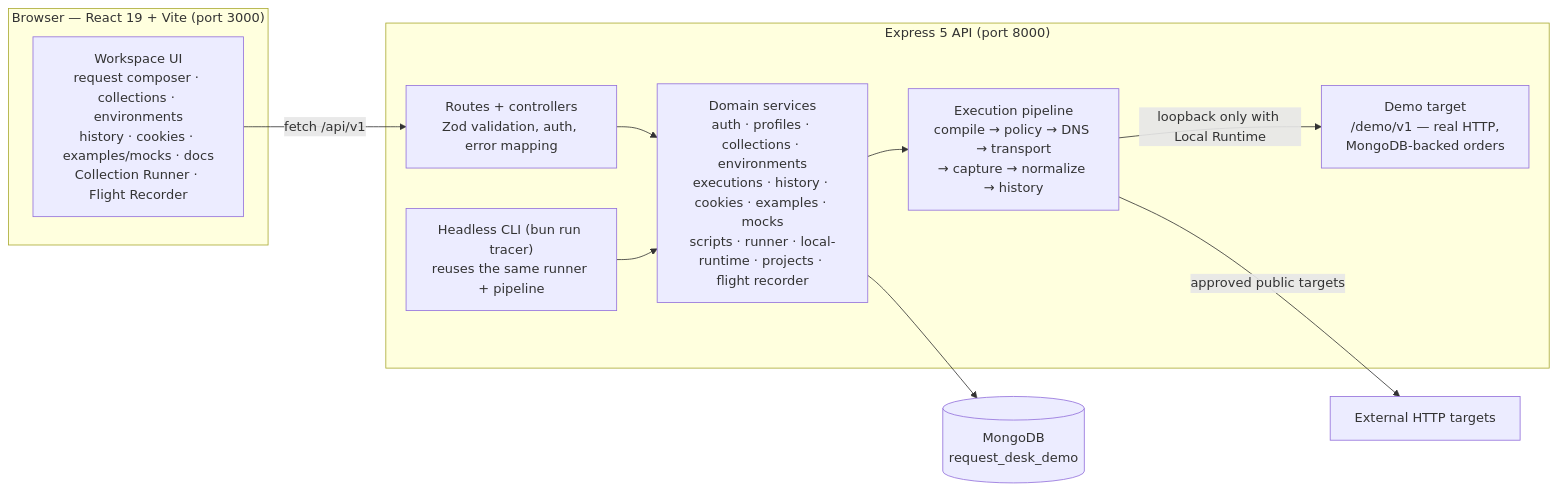
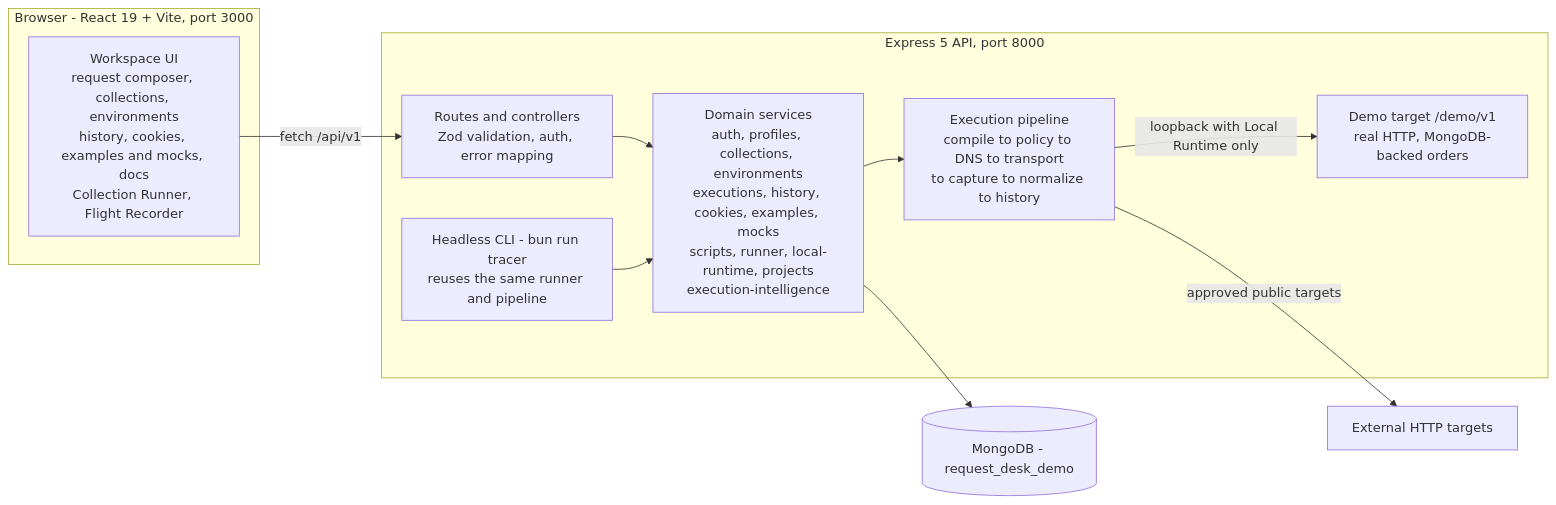
The first of 3 diagrams in README.md (Sathvikar01/coderepo-react-node-postman), drawn with Mermaid before and after one commit. The commit also changed other lines of this file, not shown here.

Commit message:
docs(readme): robust mermaid syntax in architecture diagrams

````diff
--- a/README.md
+++ b/README.md
@@ -85,25 +85,25 @@
 ```mermaid
 flowchart LR
-    subgraph Browser["Browser — React 19 + Vite (port 3000)"]
-        UI["Workspace UI<br/>request composer · collections · environments<br/>history · cookies · examples/mocks · docs<br/>Collection Runner · Flight Recorder"]
+    subgraph FE["Browser - React 19 + Vite, port 3000"]
+        UI["Workspace UI<br/>request composer, collections, environments<br/>history, cookies, examples and mocks, docs<br/>Collection Runner, Flight Recorder"]
     end
 
-    subgraph API["Express 5 API (port 8000)"]
-        Routes["Routes + controllers<br/>Zod validation, auth, error mapping"]
-        Services["Domain services<br/>auth · profiles · collections · environments<br/>executions · history · cookies · examples · mocks<br/>scripts · runner · local-runtime · projects · flight recorder"]
-        Pipeline["Execution pipeline<br/>compile → policy → DNS → transport<br/>→ capture → normalize → history"]
-        Demo["Demo target<br/>/demo/v1 — real HTTP,<br/>MongoDB-backed orders"]
-        CLI["Headless CLI (bun run tracer)<br/>reuses the same runner + pipeline"]
+    subgraph BE["Express 5 API, port 8000"]
+        Routes["Routes and controllers<br/>Zod validation, auth, error mapping"]
+        Services["Domain services<br/>auth, profiles, collections, environments<br/>executions, history, cookies, examples, mocks<br/>scripts, runner, local-runtime, projects<br/>execution-intelligence"]
+        Pipeline["Execution pipeline<br/>compile to policy to DNS to transport<br/>to capture to normalize to history"]
+        Demo["Demo target /demo/v1<br/>real HTTP, MongoDB-backed orders"]
+        CLI["Headless CLI - bun run tracer<br/>reuses the same runner and pipeline"]
     end
 
-    DB[("MongoDB<br/>request_desk_demo")]
+    DB[("MongoDB - request_desk_demo")]
     Targets["External HTTP targets"]
 
-    UI -- "fetch /api/v1" --> Routes
+    UI -->|fetch /api/v1| Routes
     Routes --> Services
     Services --> DB
     Services --> Pipeline
-    Pipeline -- "approved public targets" --> Targets
-    Pipeline -- "loopback only with Local Runtime" --> Demo
+    Pipeline -->|approved public targets| Targets
+    Pipeline -->|loopback with Local Runtime only| Demo
     CLI --> Services
 ```
````
